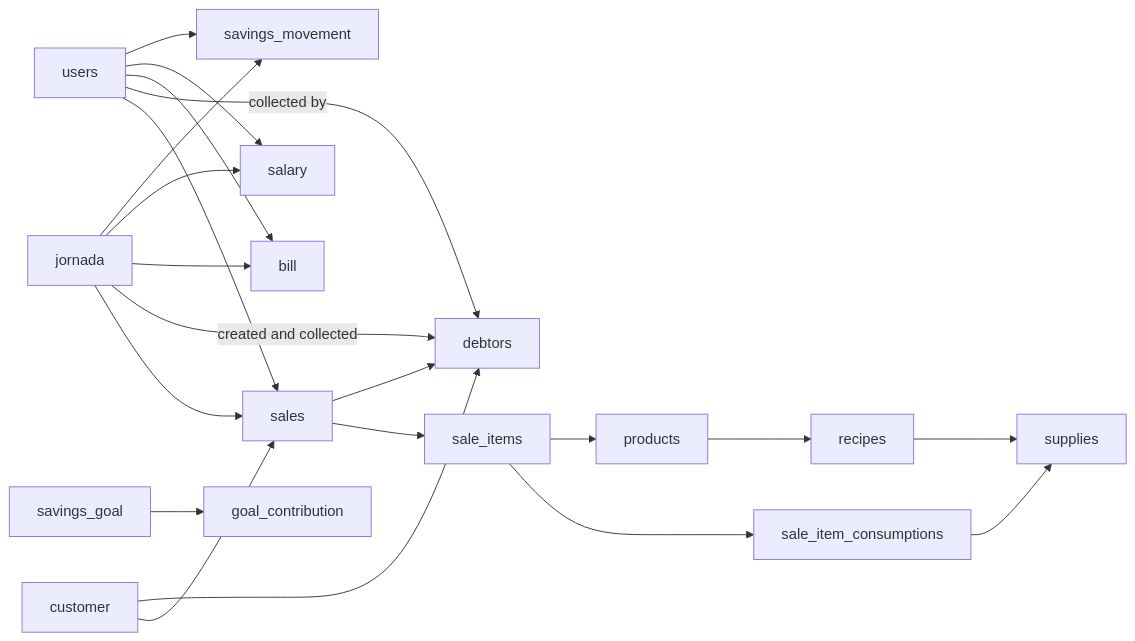
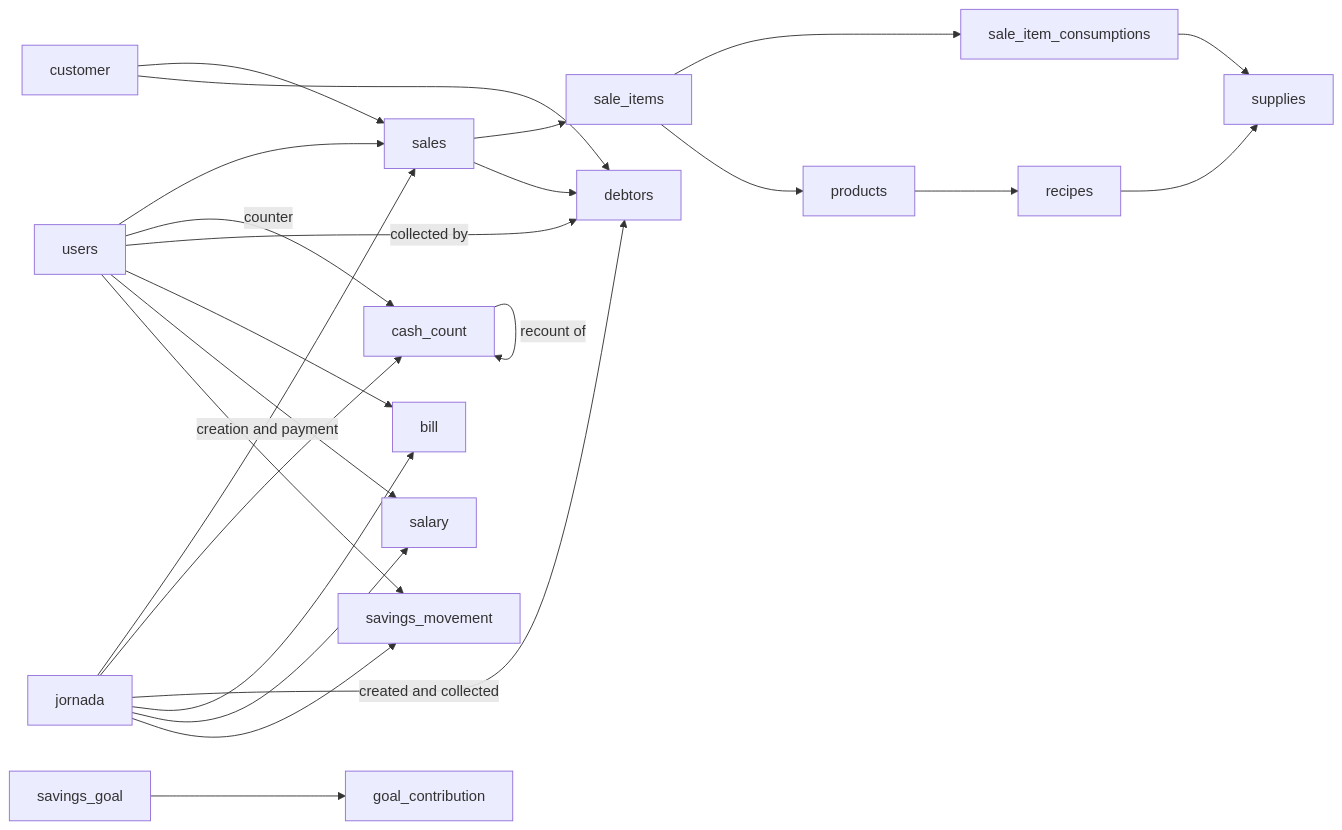
Before and after one commit to lm-vicente-j/comal-core: the second of 2 diagrams in ARCHITECTURE.md, drawn with Mermaid. The commit also changed other lines of this file and 56 other files, not shown here.

````diff
--- a/ARCHITECTURE.md
+++ b/ARCHITECTURE.md
@@ -75,23 +76,26 @@
 ```mermaid
 flowchart LR
     U[users] --> S[sales]
-    J[jornada] --> S
+    J[jornada] -->|creation and payment| S[sales]
+    J --> CC[cash_count]
+    U -->|counter| CC
+    CC -->|recount of| CC
     S --> I[sale_items]
     I --> IC[sale_item_consumptions]
     IC --> V[supplies]
     I --> P[products]
     P --> R[recipes]
     R --> V[supplies]
     C[customer] --> S
     S --> D[debtors]
     C --> D
     J -->|created and collected| D
     U -->|collected by| D
     U --> B[bill]
     J --> B
     U --> Y[salary]
     J --> Y
     U --> M[savings_movement]
     J --> M
     G[savings_goal] --> GC[goal_contribution]
 ```
````
